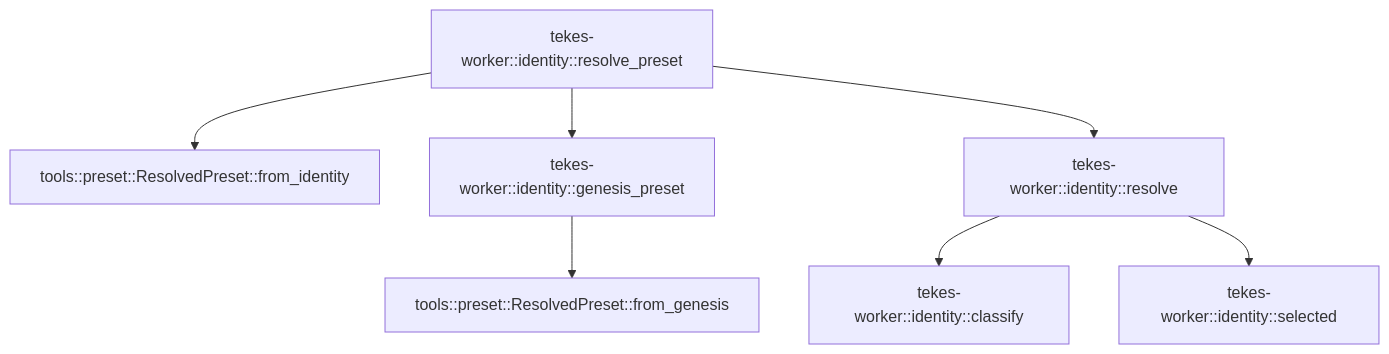
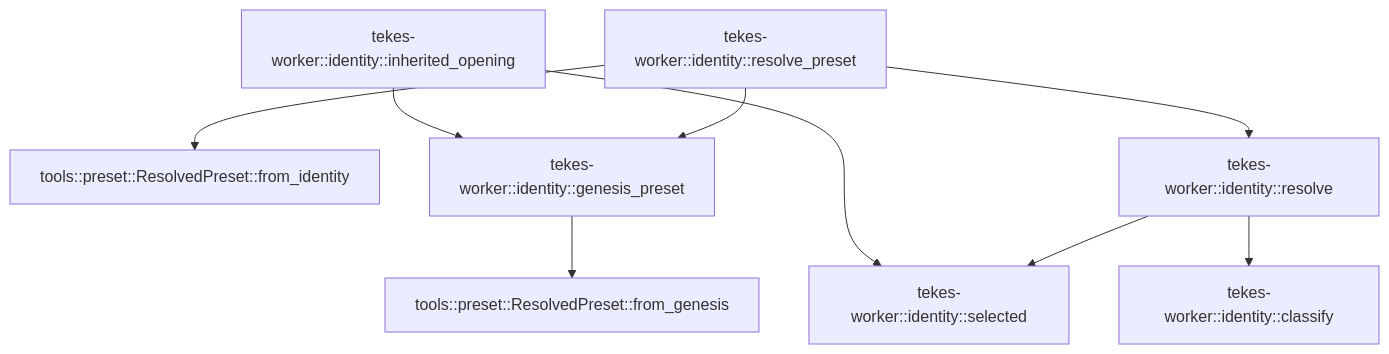
One commit to TekesApps/TekesKernel changed the diagram in crates/worker/docs/generated/src--identity.md. Above: the diagram before and after it, drawn with Mermaid. The commit also changed other lines of this file and 36 other files, not shown here.

First line of the commit message:
chore: release TekesKernel 0.7.1 (session preset client checks) (#62)

````diff
--- a/crates/worker/docs/generated/src--identity.md
+++ b/crates/worker/docs/generated/src--identity.md
@@ -43,16 +45,19 @@
 ```mermaid
 flowchart TD
   n0["tools::preset::ResolvedPreset::from_identity"]
   n1["tools::preset::ResolvedPreset::from_genesis"]
   n2["tekes-worker::identity::classify"]
   n3["tekes-worker::identity::genesis_preset"]
-  n4["tekes-worker::identity::resolve_preset"]
-  n5["tekes-worker::identity::resolve"]
+  n4["tekes-worker::identity::inherited_opening"]
+  n5["tekes-worker::identity::resolve_preset"]
   n6["tekes-worker::identity::selected"]
+  n7["tekes-worker::identity::resolve"]
   n3 --> n1
-  n4 --> n0
   n4 --> n3
-  n4 --> n5
-  n5 --> n2
-  n5 --> n6
+  n4 --> n6
+  n5 --> n0
+  n5 --> n3
+  n5 --> n7
+  n7 --> n2
+  n7 --> n6
 ```
````
